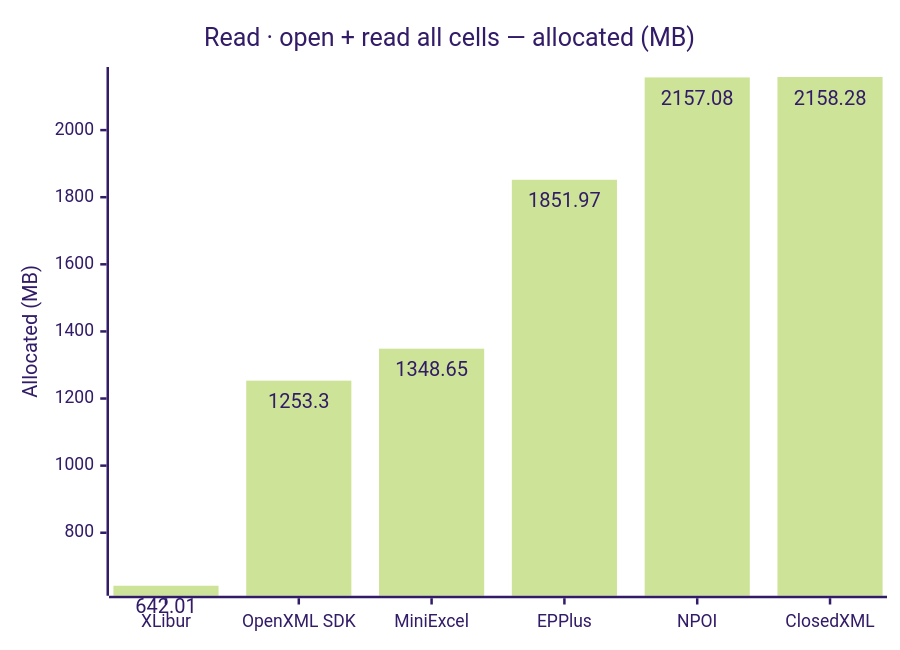
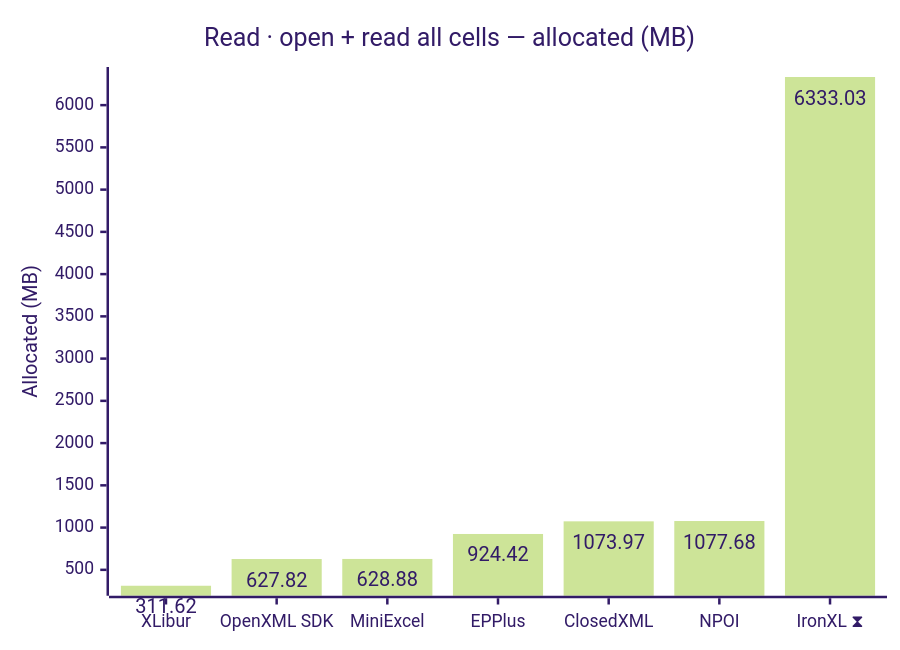
The fourth of 10 diagrams in docs/results-ci.md (jafin/XLBench), drawn with Mermaid (forest theme) before and after one commit. The commit also changed other lines of this file, not shown here.

````diff
--- a/docs/results-ci.md
+++ b/docs/results-ci.md
@@ -75,12 +80,12 @@
 ```mermaid
 ---
 config:
   xyChart:
     showDataLabel: true
 ---
 xychart-beta
     title "Read · open + read all cells — allocated (MB)"
-    x-axis ["XLibur", "OpenXML SDK", "MiniExcel", "EPPlus", "NPOI", "ClosedXML"]
+    x-axis ["XLibur", "OpenXML SDK", "MiniExcel", "EPPlus", "ClosedXML", "NPOI", "IronXL ⧗"]
     y-axis "Allocated (MB)"
-    bar [642.01, 1253.3, 1348.65, 1851.97, 2157.08, 2158.28]
+    bar [311.62, 627.82, 628.88, 924.42, 1073.97, 1077.68, 6333.03]
 ```
````
